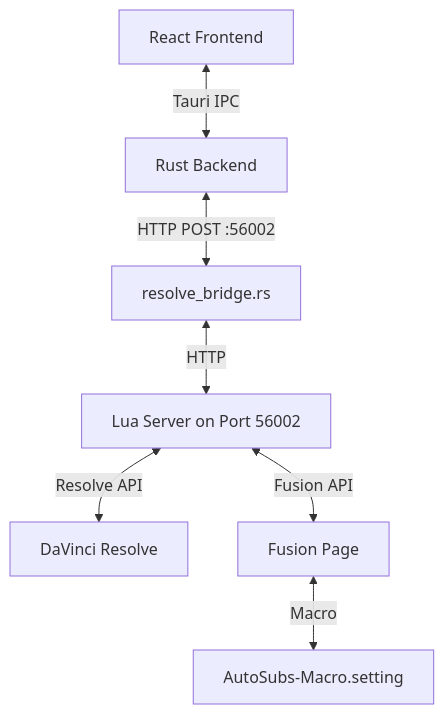
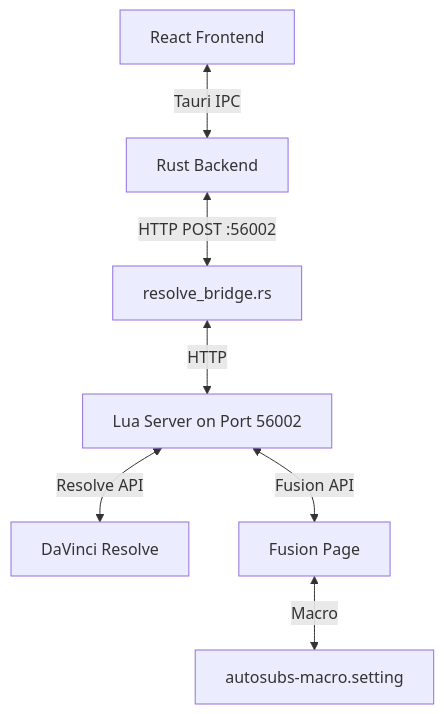
Before and after one commit to tmoroney/auto-subs: the diagram in Resolve Integration/README.md, drawn with Mermaid. The commit also changed other lines of this file, not shown here.

Commit message:
fix: macro naming in docs

````diff
--- a/Resolve Integration/README.md
+++ b/Resolve Integration/README.md
@@ -16,9 +16,9 @@
 ```mermaid
 flowchart TD
     ReactFE[React Frontend] <-->|Tauri IPC| RustBE[Rust Backend]
     RustBE <-->|HTTP POST :56002| resolve_bridge[resolve_bridge.rs]
     resolve_bridge <-->|HTTP| LuaServer[Lua Server on Port 56002]
     LuaServer <-->|Resolve API| Resolve[DaVinci Resolve]
     LuaServer <-->|Fusion API| Fusion[Fusion Page]
-    Fusion <-->|Macro| Macro[AutoSubs-Macro.setting]
+    Fusion <-->|Macro| Macro[autosubs-macro.setting]
 ```
````
